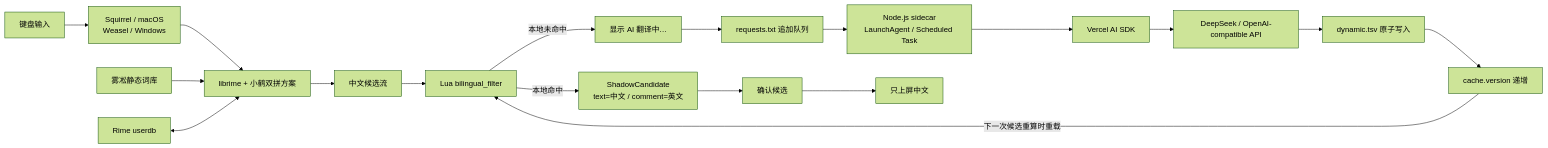
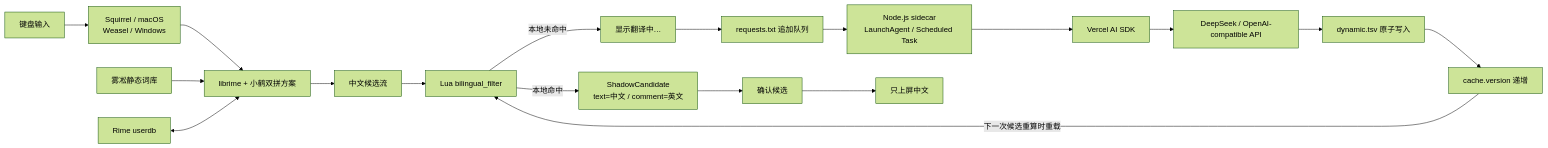
Before and after one commit to 6owen/borime: the diagram in docs/ARCHITECTURE.zh-CN.md, drawn with Mermaid (forest theme). The commit also changed other lines of this file and 5 other files, not shown here.

````diff
--- a/docs/ARCHITECTURE.zh-CN.md
+++ b/docs/ARCHITECTURE.zh-CN.md
@@ -38,22 +38,22 @@
 ```mermaid
 flowchart LR
   K[键盘输入] --> S[Squirrel / macOS<br/>Weasel / Windows]
   S --> R[librime + 小鹤双拼方案]
   D[雾凇静态词库] --> R
   U[Rime userdb] <--> R
   R --> C[中文候选流]
   C --> L[Lua bilingual_filter]
 
   L -->|本地命中| V[ShadowCandidate<br/>text=中文 / comment=英文]
-  L -->|本地未命中| P[显示 AI 翻译中…]
+  L -->|本地未命中| P[显示翻译中…]
   P --> Q[requests.txt 追加队列]
   Q --> W[Node.js sidecar<br/>LaunchAgent / Scheduled Task]
   W --> A[Vercel AI SDK]
   A --> M[DeepSeek / OpenAI-compatible API]
   M --> X[dynamic.tsv 原子写入]
   X --> B[cache.version 递增]
   B -->|下一次候选重算时重载| L
 
   V --> O[确认候选]
   O --> T[只上屏中文]
 ```
````
